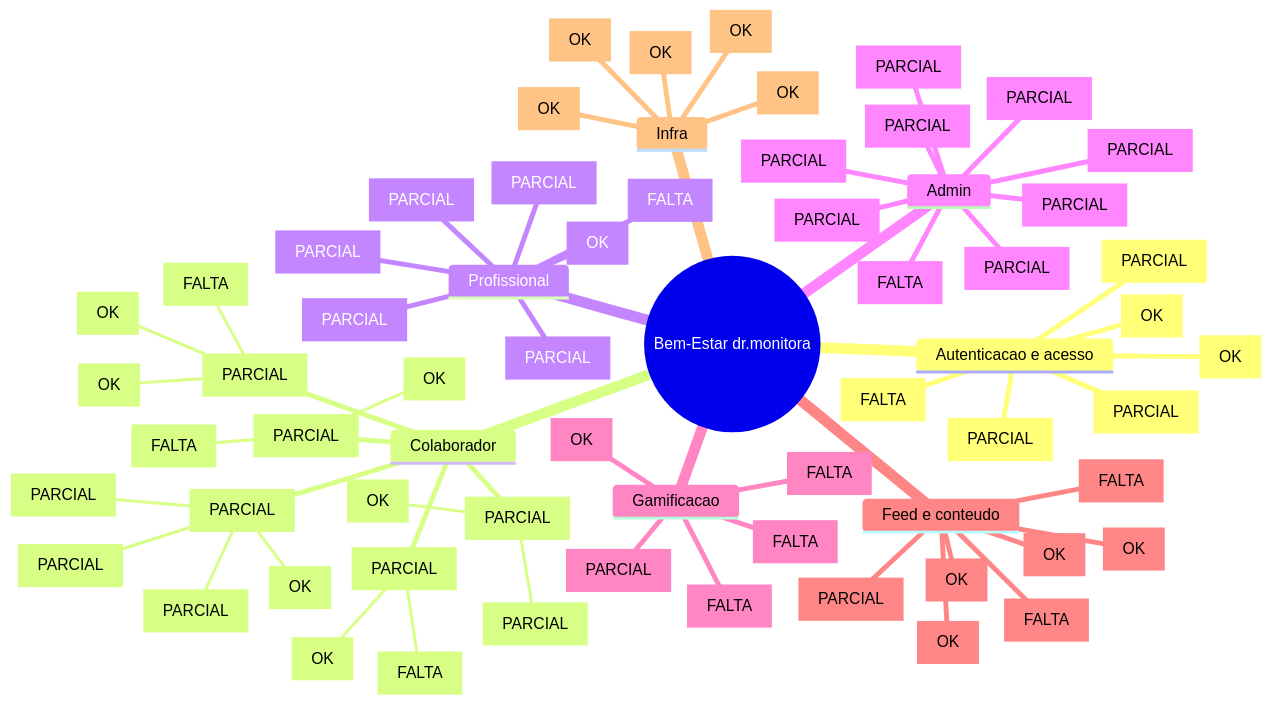
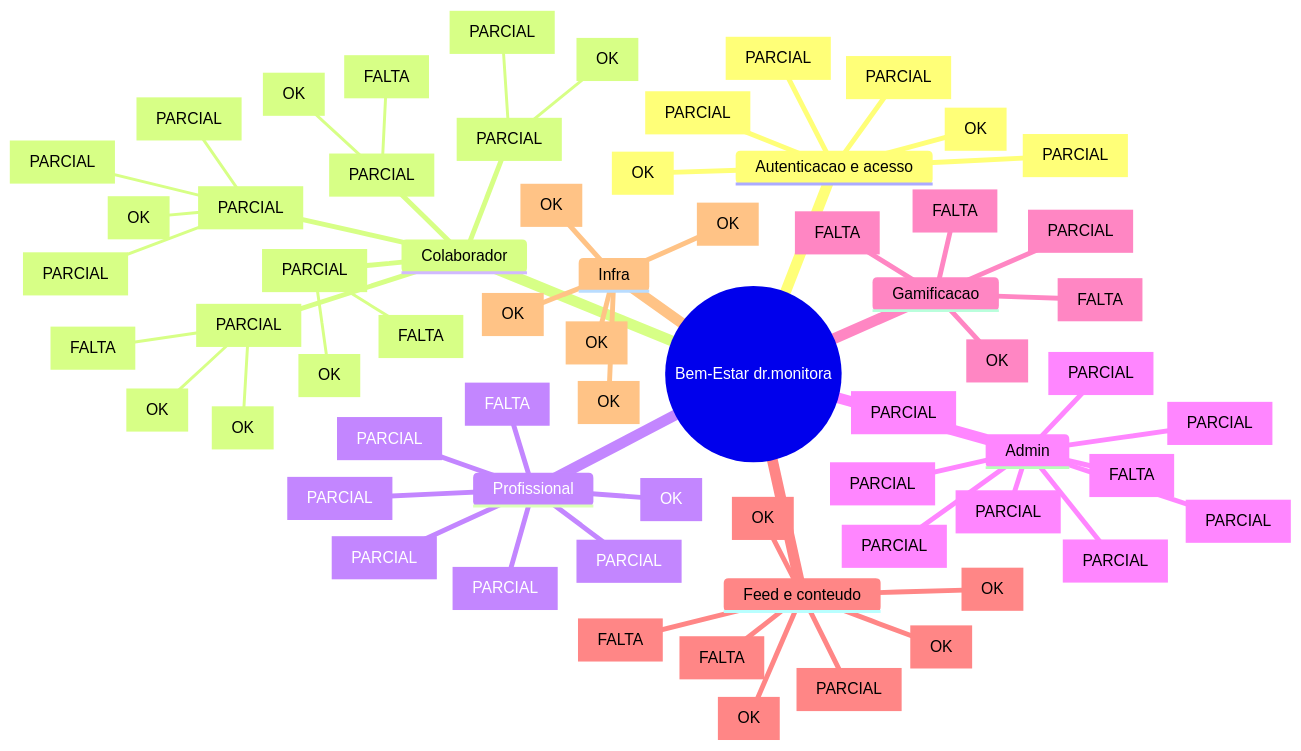
The diagram in docs/mapa-mental-produto.md (felipemaiocch/bem-estar), drawn with Mermaid before and after one commit. The commit also changed other lines of this file and 14 other files, not shown here.

Commit message:
feat: add compliance acceptance flow

````diff
--- a/docs/mapa-mental-produto.md
+++ b/docs/mapa-mental-produto.md
@@ -22,68 +22,68 @@
 ```mermaid
 mindmap
   root((Bem-Estar dr.monitora))
     Autenticacao e acesso
       Login email e senha [OK]
       Cadastro publico [PARCIAL]
       RBAC por papel [OK]
       Aprovacao de cadastro [PARCIAL]
       Grupos e turmas [PARCIAL]
-      Primeiro aceite [FALTA]
+      Primeiro aceite [PARCIAL]
     Colaborador
       Home [PARCIAL]
         Proxima sessao [OK]
         Check-in rapido [PARCIAL]
         Feed [PARCIAL]
         Ranking rapido [PARCIAL]
       Agenda [PARCIAL]
         Reserva real [OK]
         Lista de espera [OK]
         Turmas fechadas [FALTA]
       Progresso [PARCIAL]
         Historico bem-estar [OK]
         Streak real [FALTA]
       Ranking [PARCIAL]
         Score global [OK]
         Privacidade ranking [FALTA]
       Perfil [PARCIAL]
         Registros profissionais [OK]
         Termos e consentimentos [PARCIAL]
     Profissional
       Dashboard [PARCIAL]
       Agenda [PARCIAL]
       Registro atendimento [OK]
       Historico paciente [PARCIAL]
       Feed profissional [PARCIAL]
       Comunicacao interna [PARCIAL]
       Avaliacoes [FALTA]
     Admin
       Dashboard [PARCIAL]
       Usuarios [PARCIAL]
       Profissionais [PARCIAL]
       Eventos [PARCIAL]
       Gamificacao [PARCIAL]
       Moderacao [PARCIAL]
       Conteudos [PARCIAL]
       Relatorios [FALTA]
       Compliance [PARCIAL]
     Gamificacao
       Score atual [OK]
       Regras admin [PARCIAL]
       Pontos separados de moedas [FALTA]
       Ledger de transacoes [FALTA]
       Check-in e streak [FALTA]
     Feed e conteudo
       Posts [OK]
       Curtidas [OK]
       Comentarios [OK]
       Chave para bloquear postagem [OK]
       Fila aprovacao [FALTA]
       Blog dicas especialistas [FALTA]
       Links e embeds [PARCIAL]
     Infra
       Next.js 16 App Router [OK]
       Prisma e Neon [OK]
       Vercel [OK]
       PWA manifest [OK]
       GitHub remoto [OK]
 ```
````
